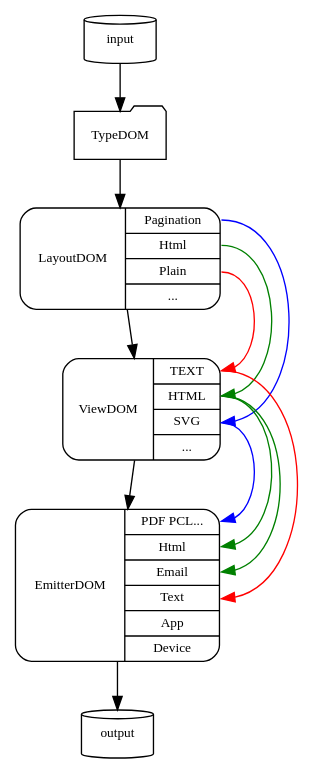
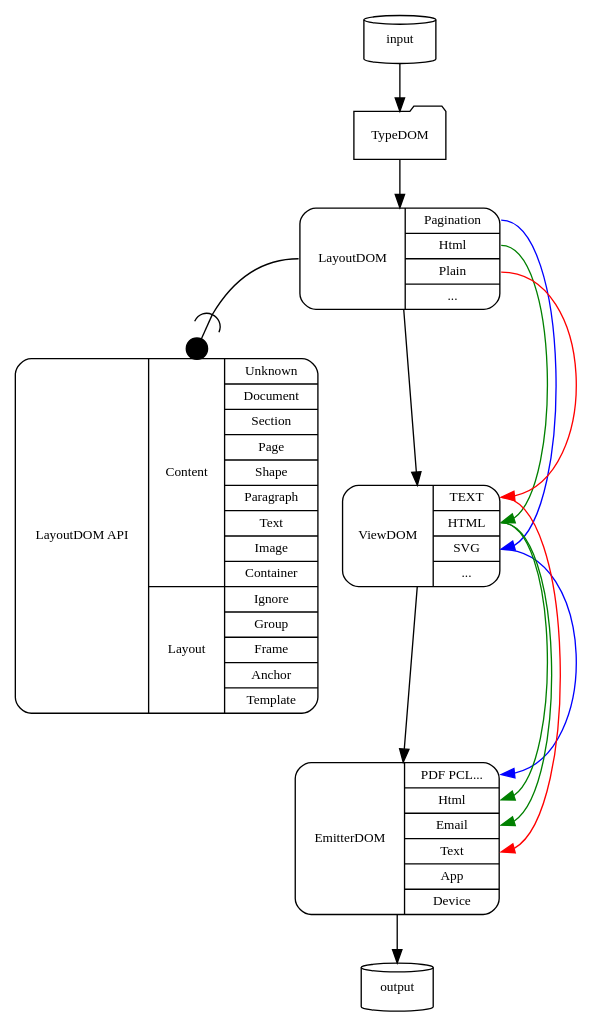
One commit to lalalic/we-edit changed the diagram in packages/we-edit/design.dot. Above: the diagram before and after it, drawn with Graphviz. The commit also changed 38 other files, not shown here.

```diff
--- a/packages/we-edit/design.dot
+++ b/packages/we-edit/design.dot
@@ -1,30 +1,33 @@
 digraph G {
     splines=true
     compound=true
     Node[shape=folder fontsize=10]
     fontsize=10
     fontcolor=transparent
     /* Entities */
     input,output[shape=cylinder]
 
     TypeDOM
     LayoutDOM[shape=Mrecord label="LayoutDOM|{<page>Pagination|<html>Html|<text>Plain|...}"]
     ViewDOM[shape=Mrecord label="ViewDOM|{<text>TEXT|<html>HTML|<svg>SVG|...}"]
     EmitterDOM[shape=Mrecord label="EmitterDOM|{<page>PDF PCL...|<html>Html|<email>Email|<text>Text|App|Device}"]
     
     /* Relationships */
     input->TypeDOM
     TypeDOM->LayoutDOM
     LayoutDOM->ViewDOM
     ViewDOM->EmitterDOM
     EmitterDOM->output
 
     subgraph{
         LayoutDOM:page:e->ViewDOM:svg:e->EmitterDOM:page:e[color=blue]
         LayoutDOM:html:e->ViewDOM:html:e->EmitterDOM:html:e,EmitterDOM:email:e[color=green]
         LayoutDOM:text:e->ViewDOM:text:e->EmitterDOM:text:e[color=red]
-
     }
     /* Ranks */
     { rank=same };
+
+    LayoutDOMAPI[shape=Mrecord label="LayoutDOM API|{{Content|{Unknown|Document|Section|Page|Shape|Paragraph|Text|Image|Container}}|{Layout|{Ignore|Group|Frame|Anchor|Template}}}"]
+
+    LayoutDOM:w->LayoutDOMAPI[arrowsize=2 arrowhead=doticurve arrowtail=curve]
 }
```
